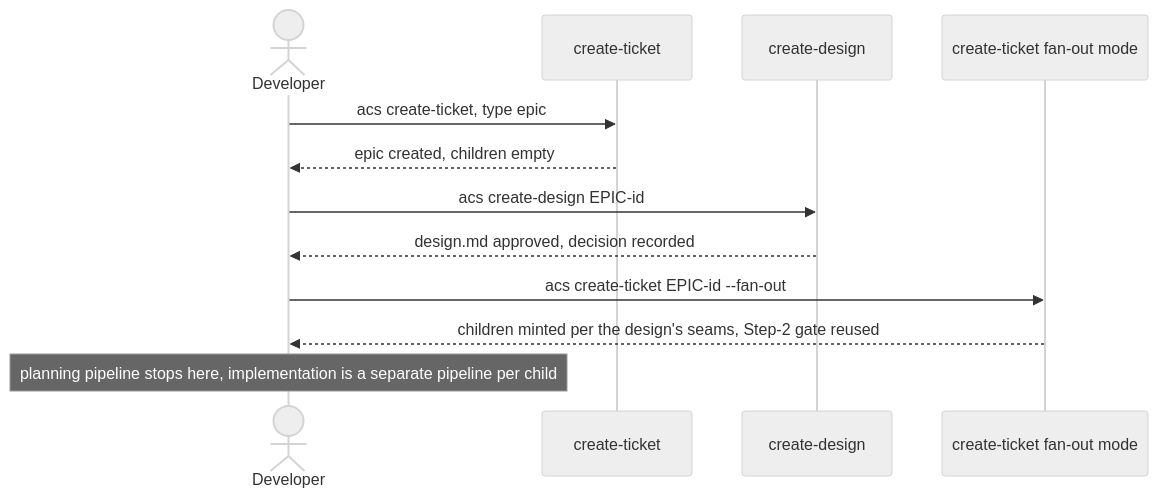
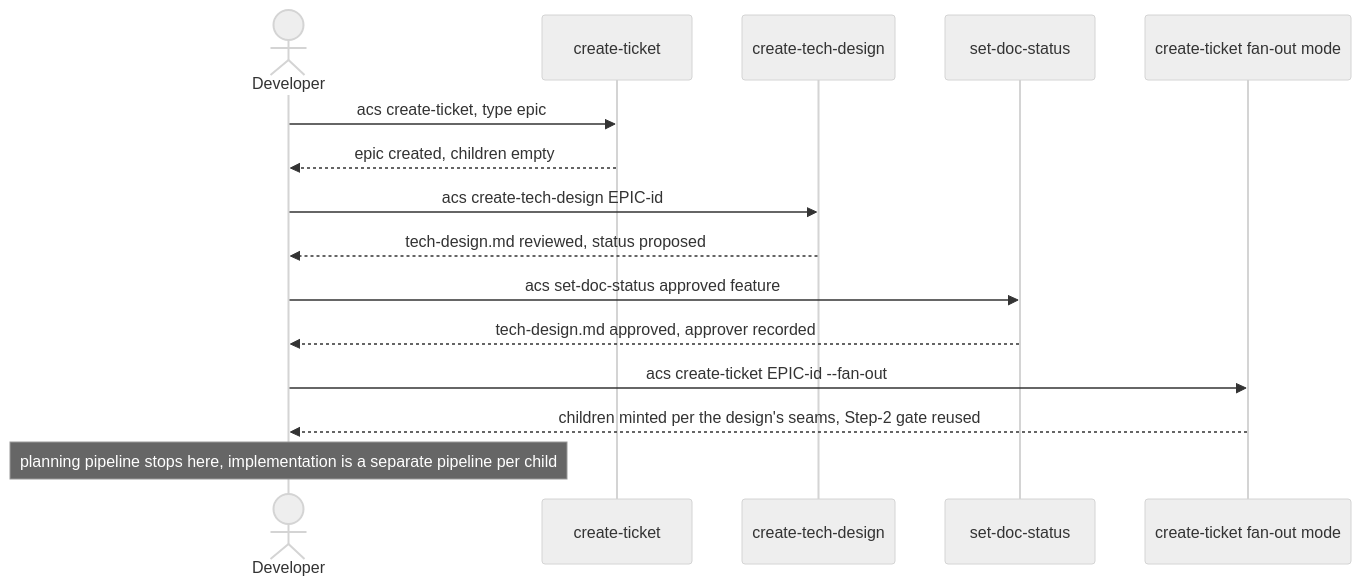
Before and after one commit to globalmindsolution/gms-marketplace: the second of 2 diagrams in docs/architecture/lld/flows/ship-pipeline.md, drawn with Mermaid (neutral theme). The commit also changed other lines of this file and 107 other files, not shown here.

First line of the commit message:
WIP: create-tech-design rename (in progress)

````diff
--- a/docs/architecture/lld/flows/ship-pipeline.md
+++ b/docs/architecture/lld/flows/ship-pipeline.md
@@ -111,15 +111,18 @@
 ```mermaid
 sequenceDiagram
     actor Dev as Developer
     participant CT as create-ticket
-    participant CD as create-design
+    participant CD as create-tech-design
+    participant SDS as set-doc-status
     participant FO as create-ticket fan-out mode
 
     Dev->>CT: acs create-ticket, type epic
     CT-->>Dev: epic created, children empty
-    Dev->>CD: acs create-design EPIC-id
-    CD-->>Dev: design.md approved, decision recorded
+    Dev->>CD: acs create-tech-design EPIC-id
+    CD-->>Dev: tech-design.md reviewed, status proposed
+    Dev->>SDS: acs set-doc-status approved feature
+    SDS-->>Dev: tech-design.md approved, approver recorded
     Dev->>FO: acs create-ticket EPIC-id --fan-out
     FO-->>Dev: children minted per the design's seams, Step-2 gate reused
     note over Dev: planning pipeline stops here, implementation is a separate pipeline per child
 ```
````
